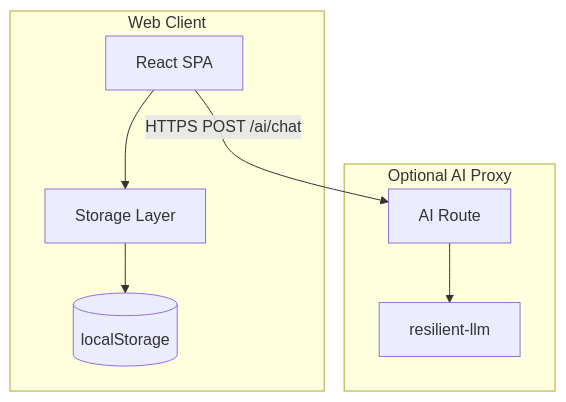
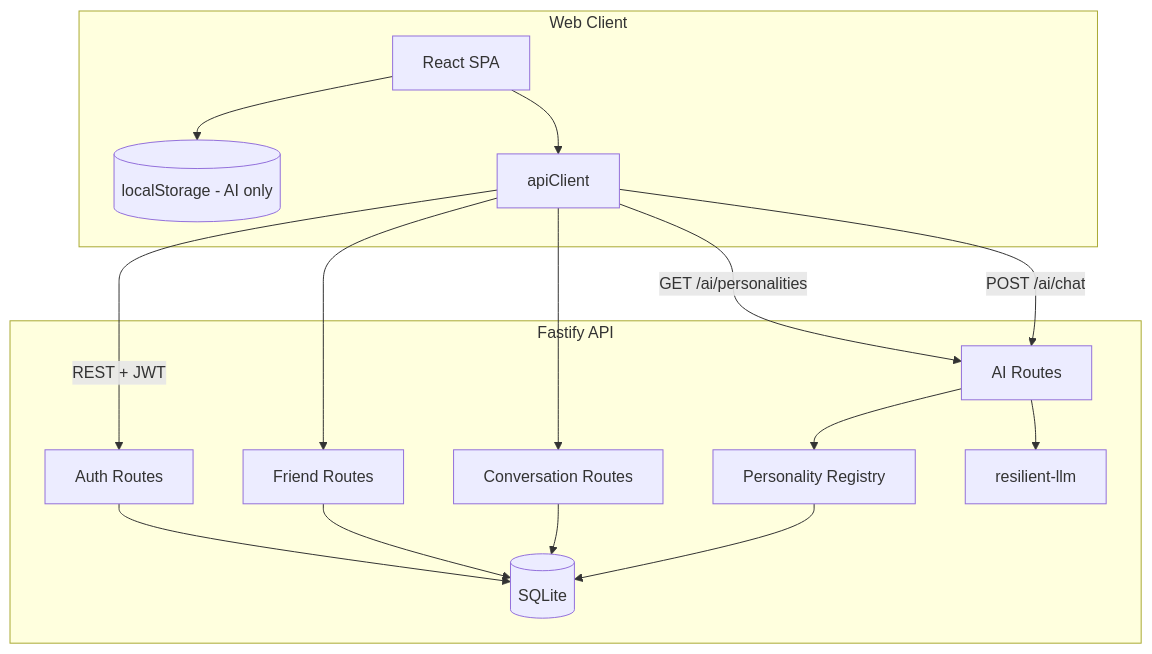
The first of 4 diagrams in TECHNICAL_DESIGN.md (AINativeSchool/demo-school-chat), drawn with Mermaid before and after one commit. The commit also changed other lines of this file and 76 other files, not shown here.

````diff
--- a/TECHNICAL_DESIGN.md
+++ b/TECHNICAL_DESIGN.md
@@ -21,18 +25,32 @@
 ```mermaid
 flowchart TB
   subgraph client [Web Client]
     SPA[React SPA]
-    LS[(localStorage)]
-    Store[Storage Layer]
+    LS[(localStorage - AI only)]
+    ApiClient[apiClient]
   end
 
-  subgraph server [Optional AI Proxy]
-    AI[AI Route]
+  subgraph server [Fastify API]
+    Auth[Auth Routes]
+    Friends[Friend Routes]
+    Chat[Conversation Routes]
+    AI[AI Routes]
+    Personalities[Personality Registry]
+    DB[(SQLite)]
     LLM[resilient-llm]
   end
 
-  SPA --> Store
-  Store --> LS
-  SPA -->|HTTPS POST /ai/chat| AI
+  SPA --> ApiClient
+  SPA --> LS
+  ApiClient -->|REST + JWT| Auth
+  ApiClient --> Friends
+  ApiClient --> Chat
+  ApiClient -->|GET /ai/personalities| AI
+  ApiClient -->|POST /ai/chat| AI
+  Auth --> DB
+  Friends --> DB
+  Chat --> DB
+  AI --> Personalities
+  Personalities --> DB
   AI --> LLM
 ```
````
